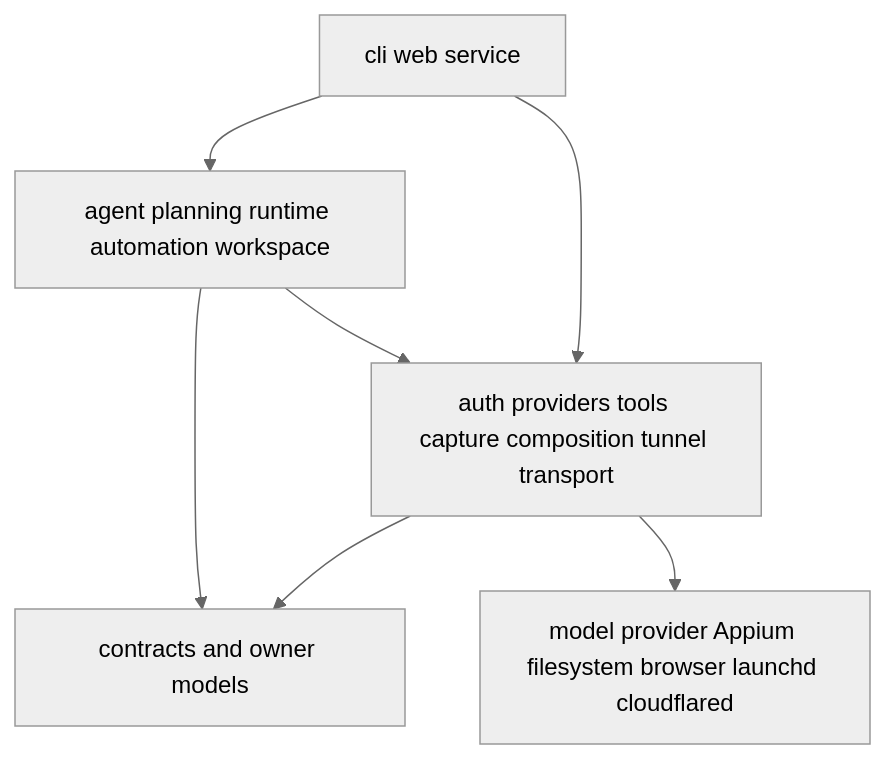
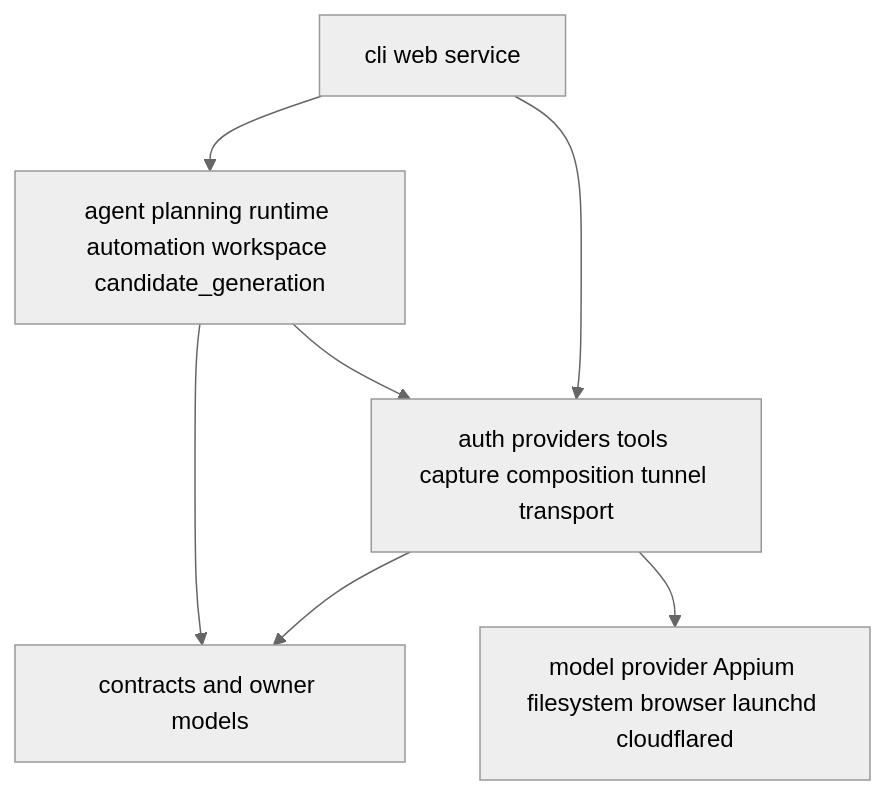
Before and after one commit to corca-ai/ads-booster: the diagram in docs/architecture/code.md, drawn with Mermaid (neutral theme). The commit also changed other lines of this file and 36 other files, not shown here.

First line of the commit message:
feat: add candidate pipeline with two-stage approval and auto-generation engine

````diff
--- a/docs/architecture/code.md
+++ b/docs/architecture/code.md
@@ -20,15 +20,15 @@
 ```mermaid
 flowchart TD
     DELIVERY[cli web service]
-    APP[agent planning runtime automation workspace]
+    APP[agent planning runtime automation workspace candidate_generation]
     CONTRACTS[contracts and owner models]
     ADAPTERS[auth providers tools capture composition tunnel transport]
     EXTERNAL[model provider Appium filesystem browser launchd cloudflared]
 
     DELIVERY --> APP
     DELIVERY --> ADAPTERS
     APP --> CONTRACTS
     APP --> ADAPTERS
     ADAPTERS --> CONTRACTS
     ADAPTERS --> EXTERNAL
 ```
````
